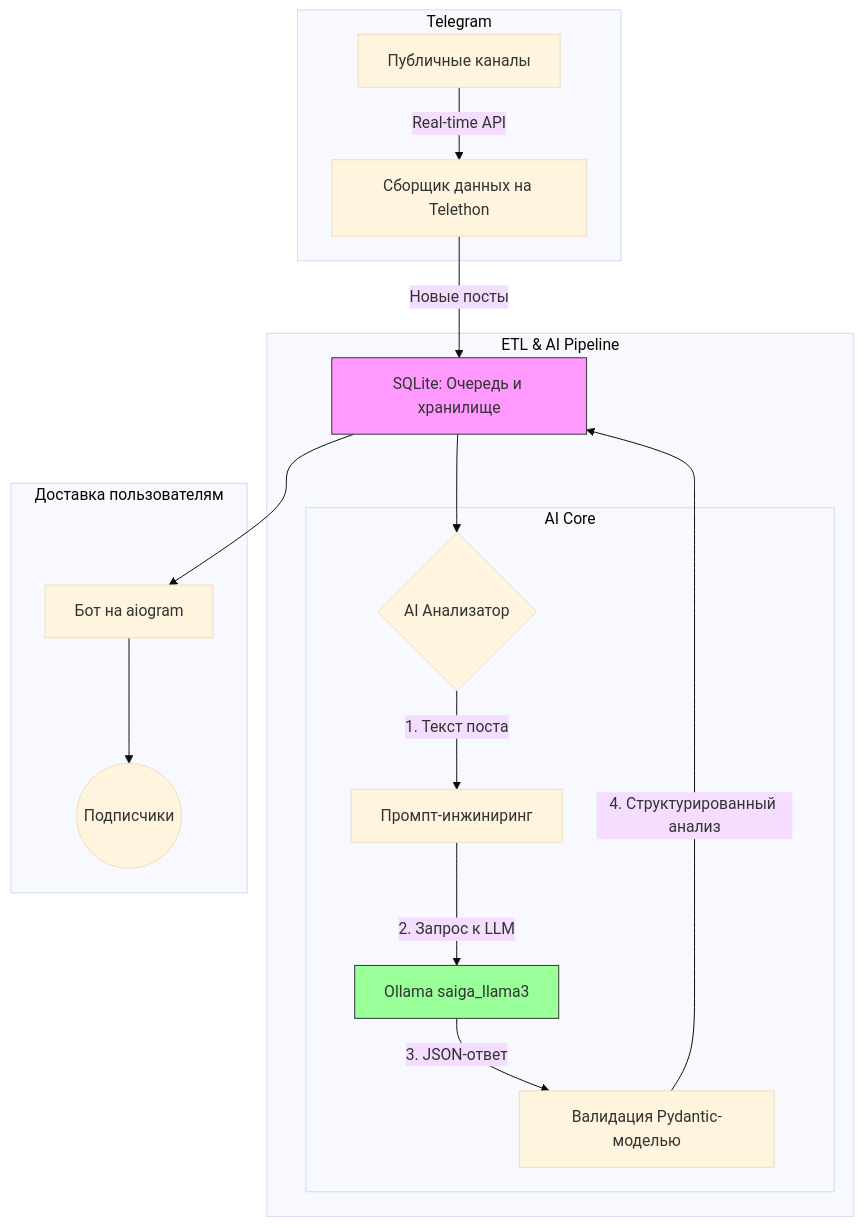
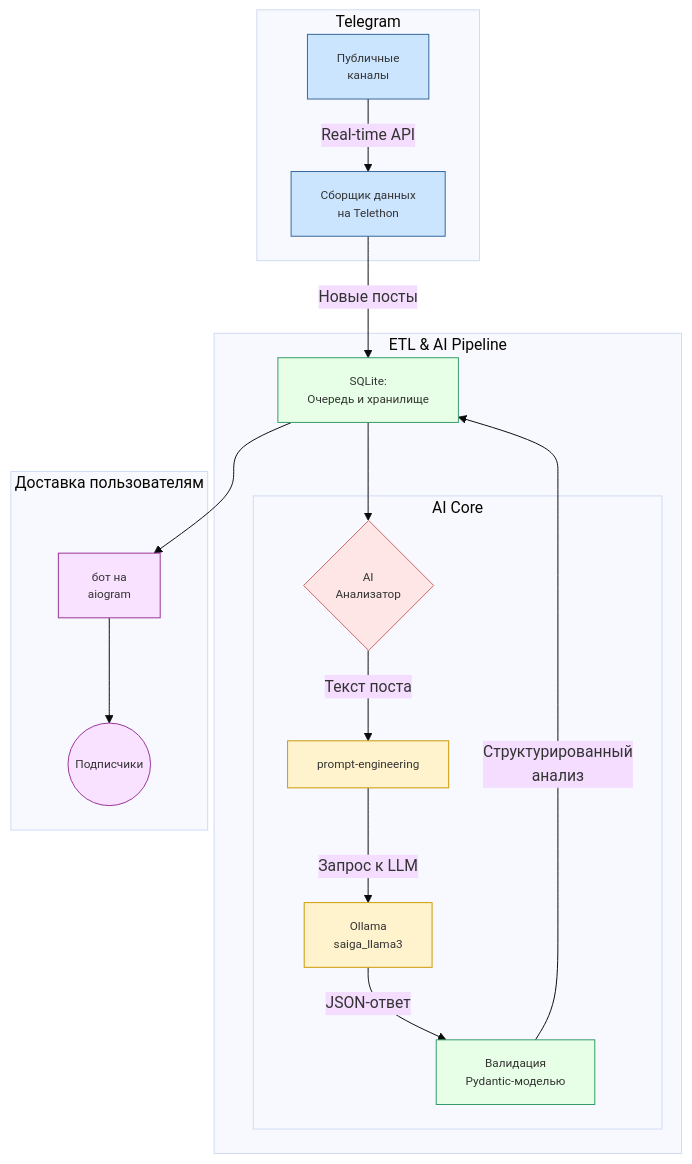
Before and after one commit to 000p1umDiesel/telegram-chatbot_news_analyzer: the diagram in README.md, drawn with Mermaid (base theme).

````diff
--- a/README.md
+++ b/README.md
@@ -46,25 +46,40 @@
 ```mermaid
 graph TD;
-  subgraph Telegram
-    A[Публичные каналы] -->|Real-time API| B[Сборщик данных на Telethon]
-  end
 
-  subgraph "ETL & AI Pipeline"
-    B -->|Новые посты| C[SQLite: Очередь и хранилище]
-    C --> D{AI Анализатор}
+%% Стили узлов
+classDef source fill:#cce5ff,stroke:#336699,stroke-width:1px,font-size:12px;        
+classDef processing fill:#e6ffe6,stroke:#339966,stroke-width:1px,font-size:12px;    
+classDef ai fill:#fff3cd,stroke:#cc9900,stroke-width:1px,font-size:12px;           
+classDef delivery fill:#f9e2ff,stroke:#993399,stroke-width:1px,font-size:12px;     
+classDef decision fill:#ffe6e6,stroke:#cc6666,stroke-width:1px,font-size:12px;      
+
+subgraph Telegram
+    A[Публичные<br>каналы] -->|Real-time API| B[Сборщик данных<br>на Telethon]
+end
+
+subgraph "ETL & AI Pipeline"
+    B -->|Новые посты| C[SQLite:<br>Очередь и хранилище]
+    C --> D{AI<br>Анализатор}
+
     subgraph "AI Core"
-        D -- "1. Текст поста" --> E[Промпт-инжиниринг]
-        E -- "2. Запрос к LLM" --> F[Ollama saiga_llama3]
-        F -- "3. JSON-ответ" --> G[Валидация Pydantic-моделью]
+        D -->|Текст поста| E[prompt-engineering]
+        E -->|Запрос к LLM| F[Ollama<br>saiga_llama3]
+        F -->|JSON-ответ| G[Валидация<br>Pydantic-моделью]
     end
-    G -- "4. Структурированный анализ" --> C
-  end
 
-  subgraph "Доставка пользователям"
-      C --> H[Бот на aiogram]
-      H --> I((Подписчики))
-  end
+    G -->|Структурированный <br>анализ| C
+end
 
-  style C fill:#f9f,stroke:#333,stroke-width:1px
-  style F fill:#9f9,stroke:#333,stroke-width:1px
+subgraph "Доставка пользователям"
+    C --> H[бот на<br>aiogram]
+    H --> I((Подписчики))
+end
+
+%% Применение кастомных стилей
+class A,B source;
+class C,G processing;
+class D decision;
+class E,F ai;
+class H,I delivery;
+
 ```
````
